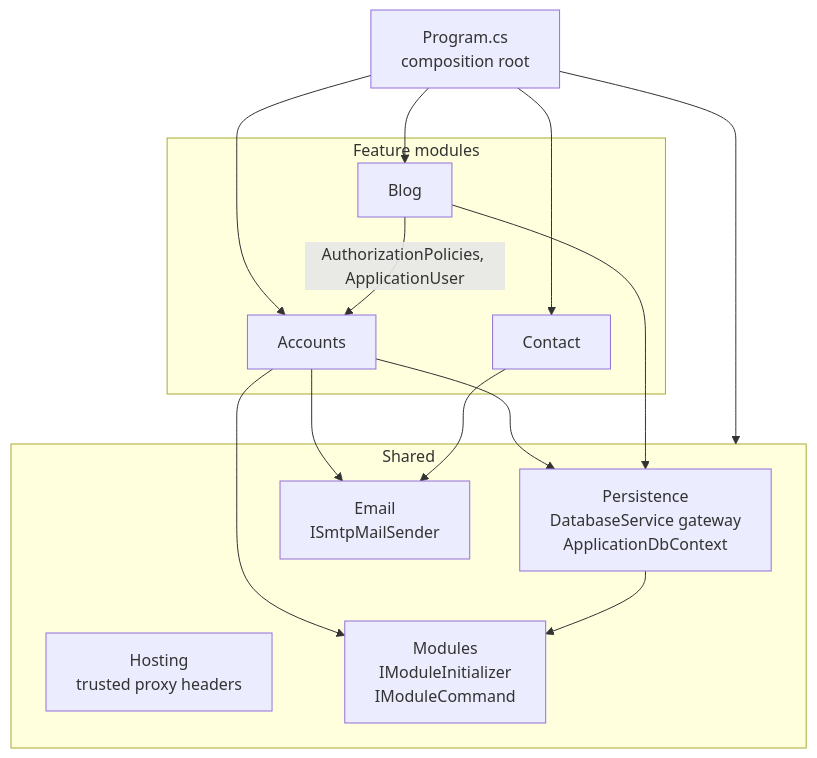
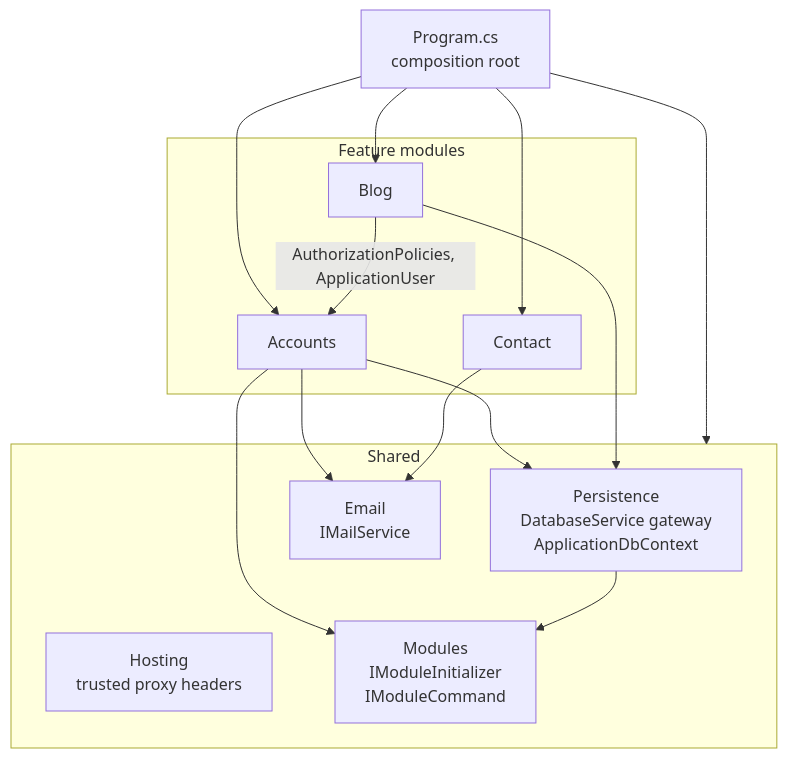
One commit to GucciVanin/goosevaninWebsite changed the second of 9 diagrams in Docs/architecture.md. Above: the diagram before and after it, drawn with Mermaid. The commit also changed other lines of this file and 39 other files, not shown here.

````diff
--- a/Docs/architecture.md
+++ b/Docs/architecture.md
@@ -105,30 +105,30 @@
 ```mermaid
 flowchart TB
     program[Program.cs<br/>composition root]
 
     subgraph modules [Feature modules]
         contact[Contact]
         blog[Blog]
         accounts[Accounts]
     end
 
     subgraph shared [Shared]
         persistence[Persistence<br/>DatabaseService gateway<br/>ApplicationDbContext]
-        email[Email<br/>ISmtpMailSender]
+        email[Email<br/>IMailService]
         hosting[Hosting<br/>trusted proxy headers]
         mod[Modules<br/>IModuleInitializer<br/>IModuleCommand]
     end
 
     program --> contact
     program --> blog
     program --> accounts
     program --> shared
 
     blog -->|AuthorizationPolicies, ApplicationUser| accounts
     accounts --> persistence
     blog --> persistence
     accounts --> email
     contact --> email
     accounts --> mod
     persistence --> mod
 ```
````
